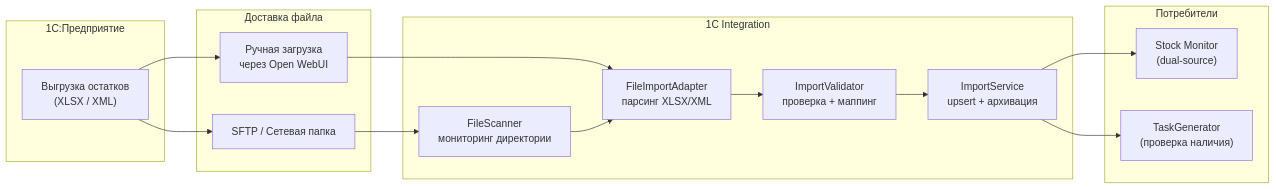
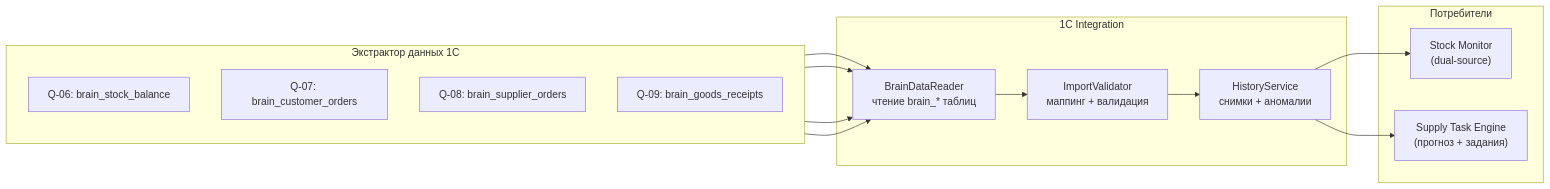
One commit to Sign25/Docs changed the first of 2 diagrams in logistic/adolf_logistic_5_1c_integration.md. Above: the diagram before and after it, drawn with Mermaid. The commit also changed other lines of this file, not shown here.

Commit message:
Logistic Раздел 5: v3.0 — переход с файлового обмена на brain_* PostgreSQL

````diff
--- a/logistic/adolf_logistic_5_1c_integration.md
+++ b/logistic/adolf_logistic_5_1c_integration.md
@@ -28,29 +28,25 @@
 ```mermaid
 flowchart LR
-    subgraph ONE_C["1С:Предприятие"]
-        EXPORT["Выгрузка остатков<br/>(XLSX / XML)"]
+    subgraph EXTRACTOR["Экстрактор данных 1С"]
+        direction TB
+        E1["Q-06: brain_stock_balance"]
+        E2["Q-07: brain_customer_orders"]
+        E3["Q-08: brain_supplier_orders"]
+        E4["Q-09: brain_goods_receipts"]
     end
-    
-    subgraph DELIVERY["Доставка файла"]
-        SFTP["SFTP / Сетевая папка"]
-        UPLOAD["Ручная загрузка<br/>через Open WebUI"]
+
+    subgraph INTEGRATION["1С Integration"]
+        READER["BrainDataReader<br/>чтение brain_* таблиц"]
+        VALIDATOR["ImportValidator<br/>маппинг + валидация"]
+        HISTORY["HistoryService<br/>снимки + аномалии"]
     end
-    
-    subgraph LOGISTIC["1С Integration"]
-        SCAN["FileScanner<br/>мониторинг директории"]
-        PARSE["FileImportAdapter<br/>парсинг XLSX/XML"]
-        VALIDATE["ImportValidator<br/>проверка + маппинг"]
-        IMPORT_SVC["ImportService<br/>upsert + архивация"]
-    end
-    
+
     subgraph CONSUMERS["Потребители"]
         STOCK_MON["Stock Monitor<br/>(dual-source)"]
-        TASK_GEN["TaskGenerator<br/>(проверка наличия)"]
+        TASK_GEN["Supply Task Engine<br/>(прогноз + задания)"]
     end
-    
-    EXPORT --> SFTP & UPLOAD
-    SFTP --> SCAN
-    UPLOAD --> PARSE
-    SCAN --> PARSE --> VALIDATE --> IMPORT_SVC
-    IMPORT_SVC --> STOCK_MON & TASK_GEN
+
+    E1 & E2 & E3 & E4 --> READER
+    READER --> VALIDATOR --> HISTORY
+    HISTORY --> STOCK_MON & TASK_GEN
 ```
````
